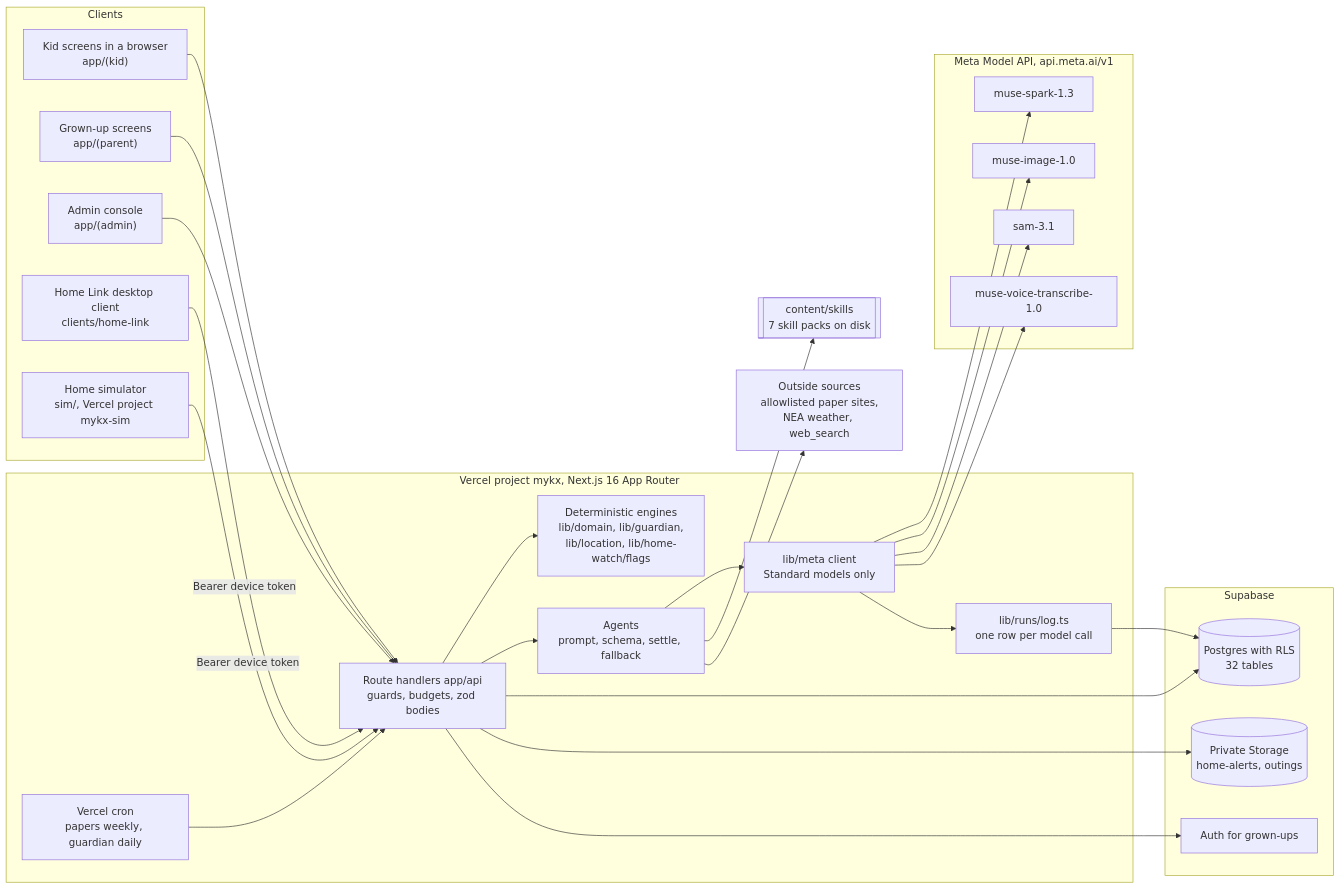
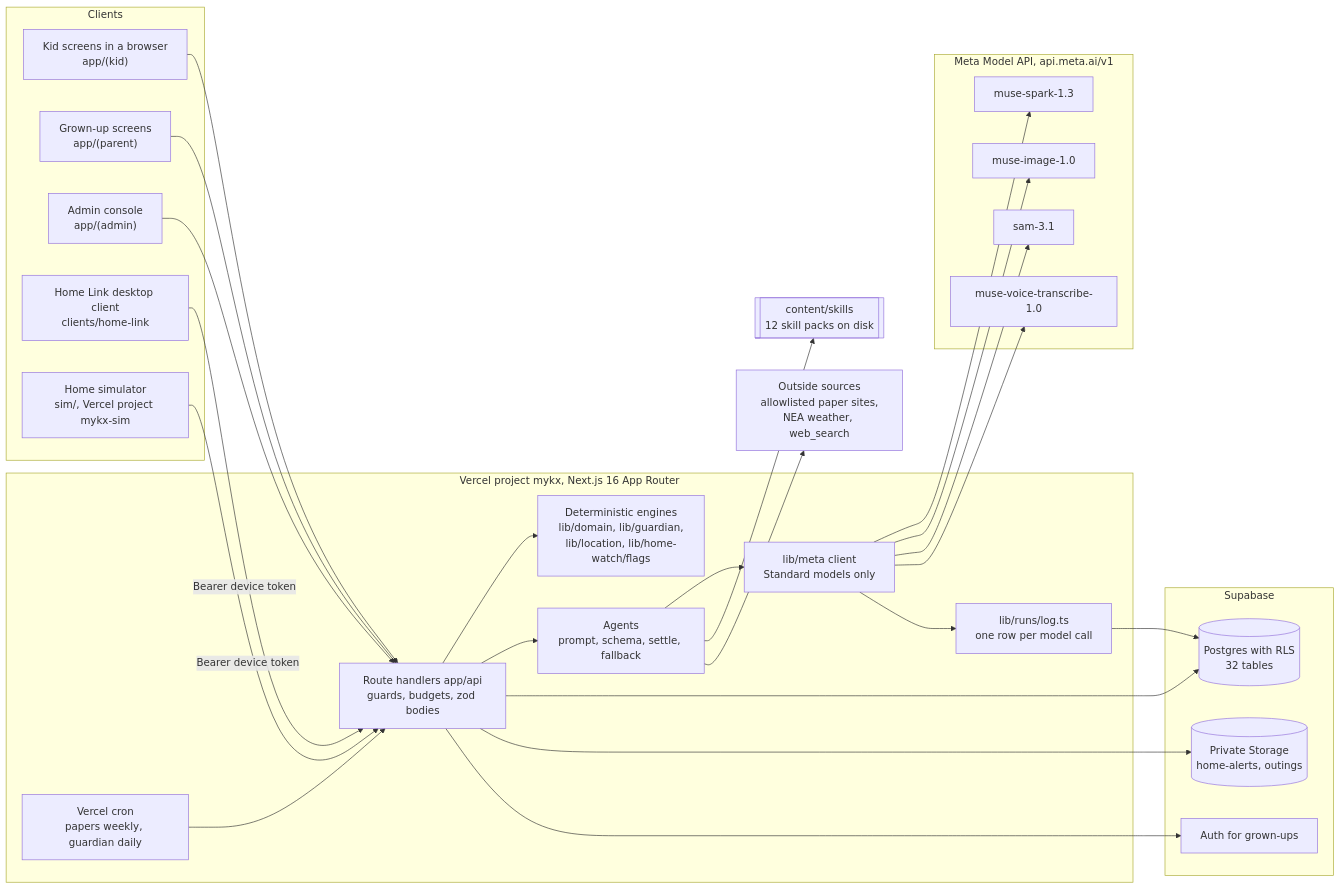
The first of 9 diagrams in docs/ARCHITECTURE.md (cyyeong/mykx), drawn with Mermaid before and after one commit. The commit also changed other lines of this file and 8 other files, not shown here.

First line of the commit message:
Docs for twelve skill packs: ARCHITECTURE §5.2 table with each pack's syllabus and who reviewed what, SKILL_ENGINE note, README and two boards (canvas v67)

````diff
--- a/docs/ARCHITECTURE.md
+++ b/docs/ARCHITECTURE.md
@@ -56,56 +56,56 @@
 ```mermaid
 flowchart LR
   subgraph C [Clients]
     KID["Kid screens in a browser<br/>app/(kid)"]
     PAR["Grown-up screens<br/>app/(parent)"]
     ADM["Admin console<br/>app/(admin)"]
     HL["Home Link desktop client<br/>clients/home-link"]
     SIM["Home simulator<br/>sim/, Vercel project mykx-sim"]
   end
 
   subgraph V [Vercel project mykx, Next.js 16 App Router]
     ROUTES["Route handlers app/api<br/>guards, budgets, zod bodies"]
     AG["Agents<br/>prompt, schema, settle, fallback"]
     DET["Deterministic engines<br/>lib/domain, lib/guardian,<br/>lib/location, lib/home-watch/flags"]
     MC["lib/meta client<br/>Standard models only"]
     LOG["lib/runs/log.ts<br/>one row per model call"]
     CRON["Vercel cron<br/>papers weekly, guardian daily"]
   end
 
   subgraph M [Meta Model API, api.meta.ai/v1]
     SPARK["muse-spark-1.3"]
     IMG["muse-image-1.0"]
     SAM["sam-3.1"]
     VOX["muse-voice-transcribe-1.0"]
   end
 
   subgraph S [Supabase]
     AUTH["Auth for grown-ups"]
     PG[("Postgres with RLS<br/>32 tables")]
     ST[("Private Storage<br/>home-alerts, outings")]
   end
 
-  PACKS[["content/skills<br/>7 skill packs on disk"]]
+  PACKS[["content/skills<br/>12 skill packs on disk"]]
   EXT["Outside sources<br/>allowlisted paper sites,<br/>NEA weather, web_search"]
 
   KID --> ROUTES
   PAR --> ROUTES
   ADM --> ROUTES
   HL -->|Bearer device token| ROUTES
   SIM -->|Bearer device token| ROUTES
   CRON --> ROUTES
   ROUTES --> DET
   ROUTES --> AG
   AG --> MC
   MC --> SPARK
   MC --> IMG
   MC --> SAM
   MC --> VOX
   MC --> LOG
   AG --> PACKS
   ROUTES --> PG
   ROUTES --> ST
   ROUTES --> AUTH
   LOG --> PG
   AG --> EXT
 ```
````
